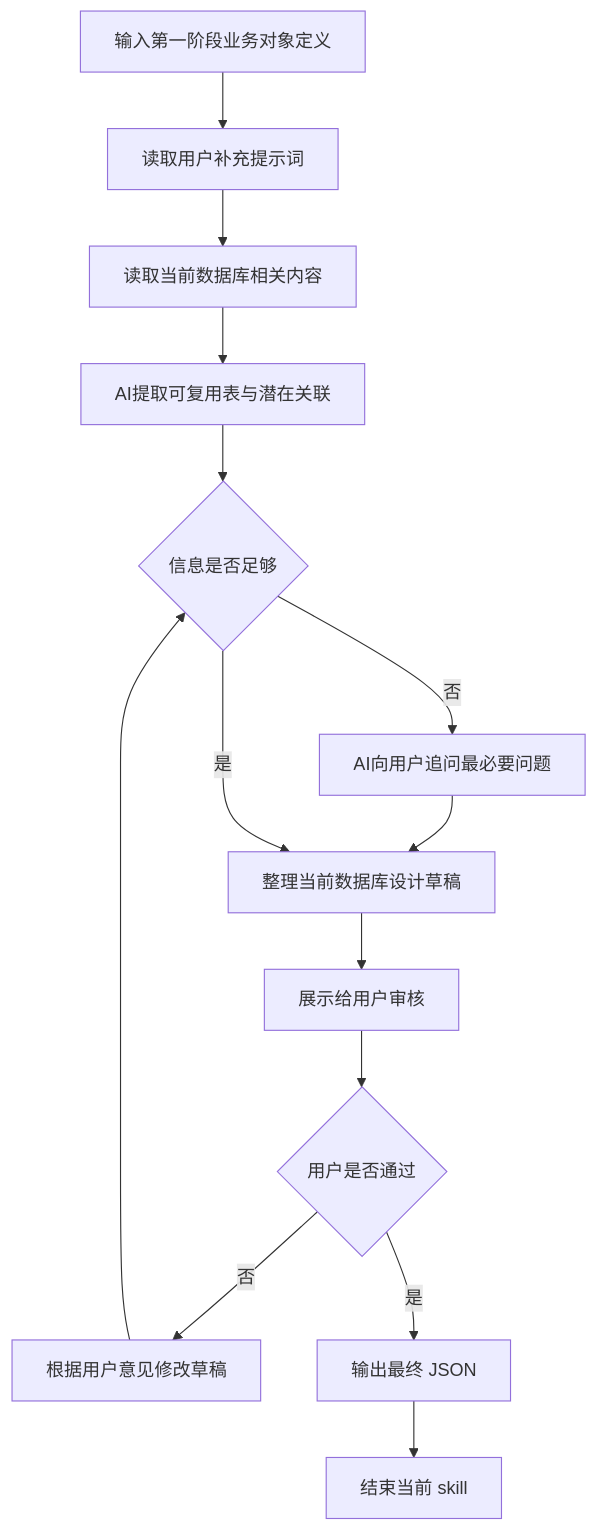
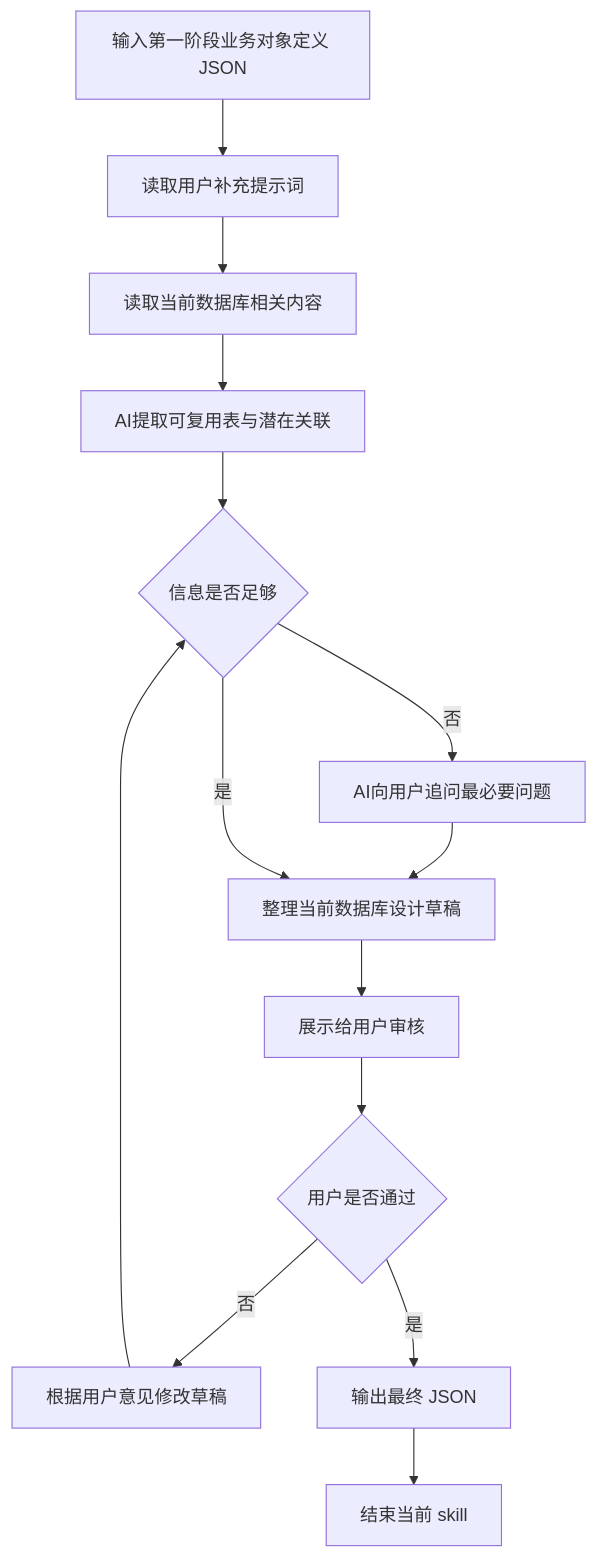
One commit to Aldebaran638/Invoice-Management-System changed the diagram in skills/members/architect_skills/db-design-intake.md. Above: the diagram before and after it, drawn with Mermaid. The commit also changed other lines of this file, not shown here.

````diff
--- a/skills/members/architect_skills/db-design-intake.md
+++ b/skills/members/architect_skills/db-design-intake.md
@@ -22,17 +25,17 @@
 ```mermaid
 flowchart TD
-    A[输入第一阶段业务对象定义] --> B[读取用户补充提示词]
+    A[输入第一阶段业务对象定义 JSON] --> B[读取用户补充提示词]
     B --> C[读取当前数据库相关内容]
     C --> D[AI提取可复用表与潜在关联]
     D --> E{信息是否足够}
     E -- 否 --> F[AI向用户追问最必要问题]
     F --> G[整理当前数据库设计草稿]
     G --> H[展示给用户审核]
     H --> I{用户是否通过}
     I -- 否 --> J[根据用户意见修改草稿]
     J --> E
     I -- 是 --> K[输出最终 JSON]
     K --> L[结束当前 skill]
 
     E -- 是 --> G
 ```
````
